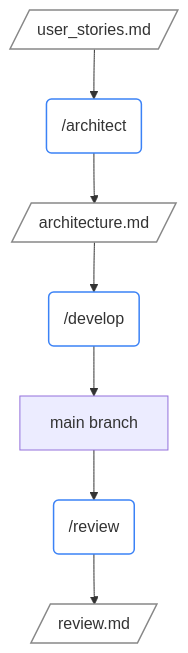
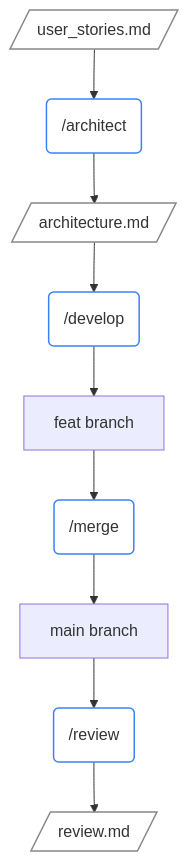
Before and after one commit to sjev/robodev: the second of 2 diagrams in README.md, drawn with Mermaid. The commit also changed other lines of this file and 2 other files, not shown here.

Commit message:
split merge from develop

````diff
--- a/README.md
+++ b/README.md
@@ -51,12 +52,13 @@
 ```mermaid
 flowchart TD
     US[/user_stories.md/] --> ARCH("/architect") --> ARCH_DOC[/architecture.md/]
-    ARCH_DOC --> DEV("/develop") --> MAIN[main branch]
+    ARCH_DOC --> DEV("/develop") --> FEAT[feat branch]
+    FEAT --> MRG("/merge") --> MAIN[main branch]
     MAIN --> REV("/review") --> REV_DOC[/review.md/]
 
     classDef doc fill:transparent,stroke:#888,stroke-width:1.5px;
     classDef cmd fill:transparent,stroke:#3b82f6,stroke-width:1.5px;
 
     class US,ARCH_DOC,REV_DOC doc;
-    class ARCH,DEV,REV cmd;
+    class ARCH,DEV,MRG,REV cmd;
 ```
````
